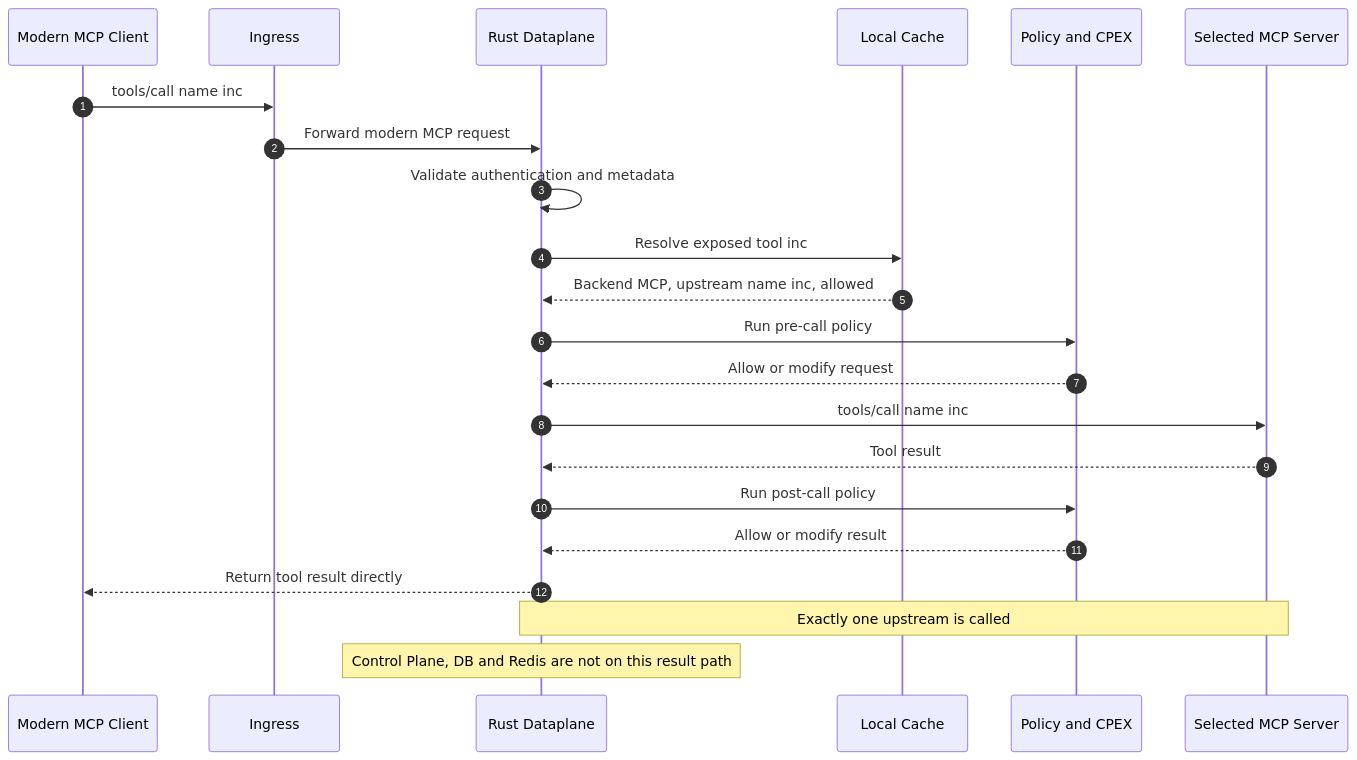
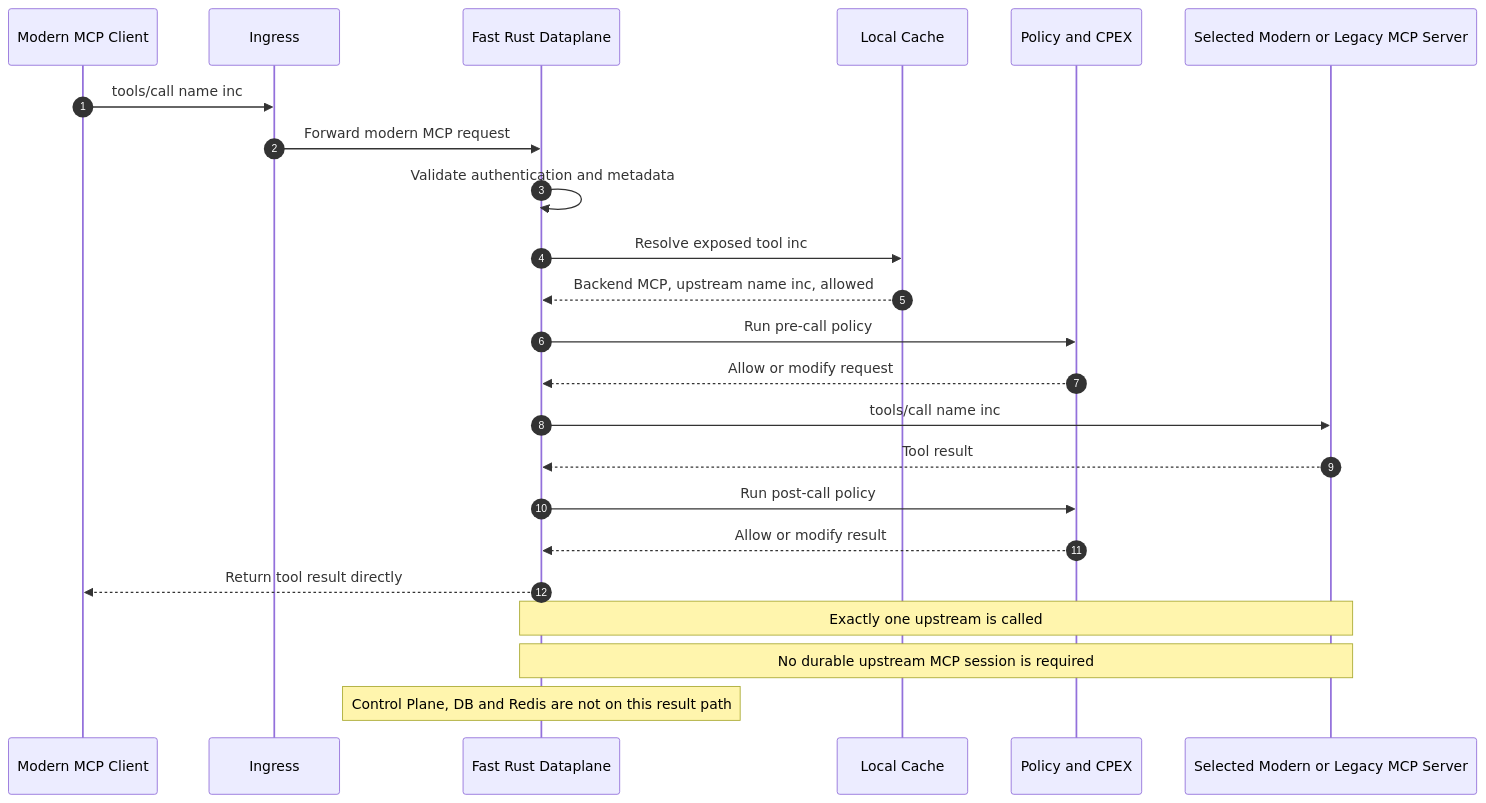
One commit to contextforge-gateway-rs/contextforge-gateway-rs changed the third of 4 diagrams in _context/wiki/mcp-capability-allocation.md. Above: the diagram before and after it, drawn with Mermaid. The commit also changed other lines of this file, not shown here.

Commit message:
docs: align Phase 3 architecture with design plan

````diff
--- a/_context/wiki/mcp-capability-allocation.md
+++ b/_context/wiki/mcp-capability-allocation.md
@@ -92,27 +113,28 @@
 ```mermaid
 sequenceDiagram
     autonumber
     participant Client as Modern MCP Client
     participant Ingress
-    participant DP as Rust Dataplane
+    participant DP as Fast Rust Dataplane
     participant Cache as Local Cache
     participant CPEX as Policy and CPEX
-    participant MCP as Selected MCP Server
+    participant MCP as Selected Modern or Legacy MCP Server
 
     Client->>Ingress: tools/call name inc
     Ingress->>DP: Forward modern MCP request
     DP->>DP: Validate authentication and metadata
     DP->>Cache: Resolve exposed tool inc
     Cache-->>DP: Backend MCP, upstream name inc, allowed
 
     DP->>CPEX: Run pre-call policy
     CPEX-->>DP: Allow or modify request
     DP->>MCP: tools/call name inc
     MCP-->>DP: Tool result
     DP->>CPEX: Run post-call policy
     CPEX-->>DP: Allow or modify result
     DP-->>Client: Return tool result directly
 
     Note over DP,MCP: Exactly one upstream is called
+    Note over DP,MCP: No durable upstream MCP session is required
     Note over DP: Control Plane, DB and Redis are not on this result path
 ```
````
